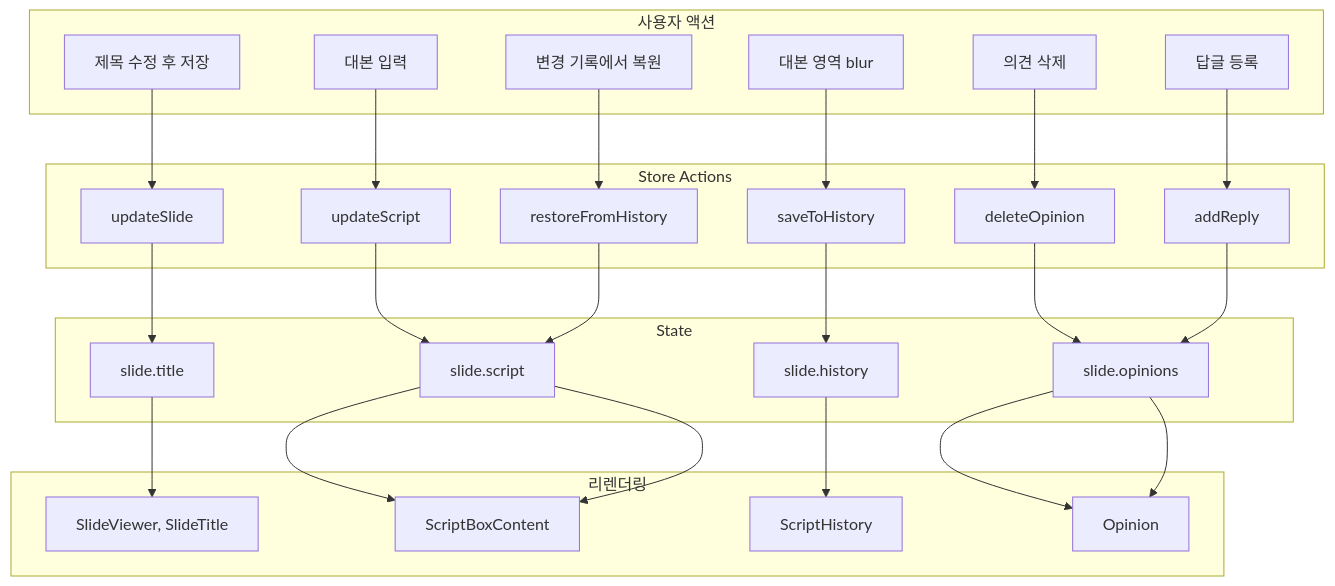
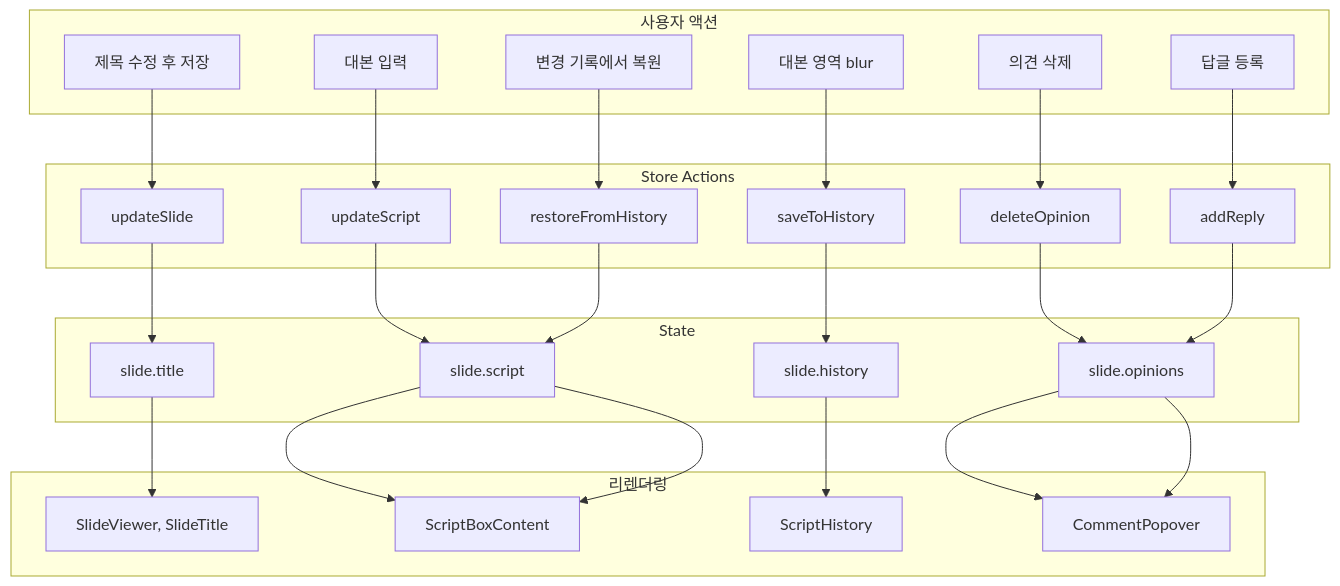
One commit to TTORANG/Web changed the fourth of 7 diagrams in docs/slide-data-flow.md. Above: the diagram before and after it, drawn with Mermaid. The commit also changed other lines of this file and 8 other files, not shown here.

````diff
--- a/docs/slide-data-flow.md
+++ b/docs/slide-data-flow.md
@@ -136,41 +136,41 @@
 ```mermaid
 flowchart TD
     subgraph 사용자 액션
         A1[제목 수정 후 저장]
         A2[대본 입력]
         A3[대본 영역 blur]
         A4[변경 기록에서 복원]
         A5[의견 삭제]
         A6[답글 등록]
     end
 
     subgraph Store Actions
         U1[updateSlide]
         U2[updateScript]
         U3[saveToHistory]
         U4[restoreFromHistory]
         U5[deleteOpinion]
         U6[addReply]
     end
 
     subgraph State
         S1[slide.title]
         S2[slide.script]
         S3[slide.history]
         S4[slide.opinions]
     end
 
     subgraph 리렌더링
         R1[SlideViewer, SlideTitle]
         R2[ScriptBoxContent]
         R3[ScriptHistory]
-        R4[Opinion]
+        R4[CommentPopover]
     end
 
     A1 --> U1 --> S1 --> R1
     A2 --> U2 --> S2 --> R2
     A3 --> U3 --> S3 --> R3
     A4 --> U4 --> S2 --> R2
     A5 --> U5 --> S4 --> R4
     A6 --> U6 --> S4 --> R4
 ```
````
